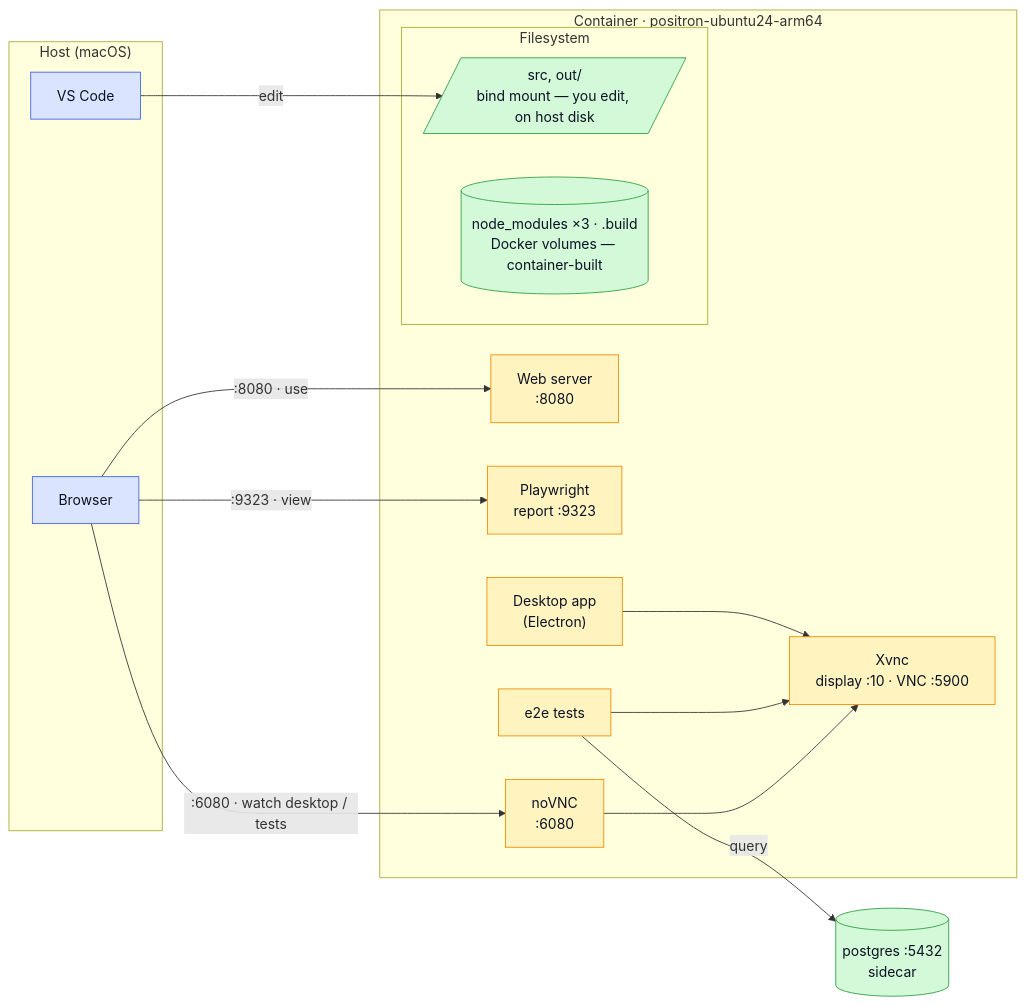
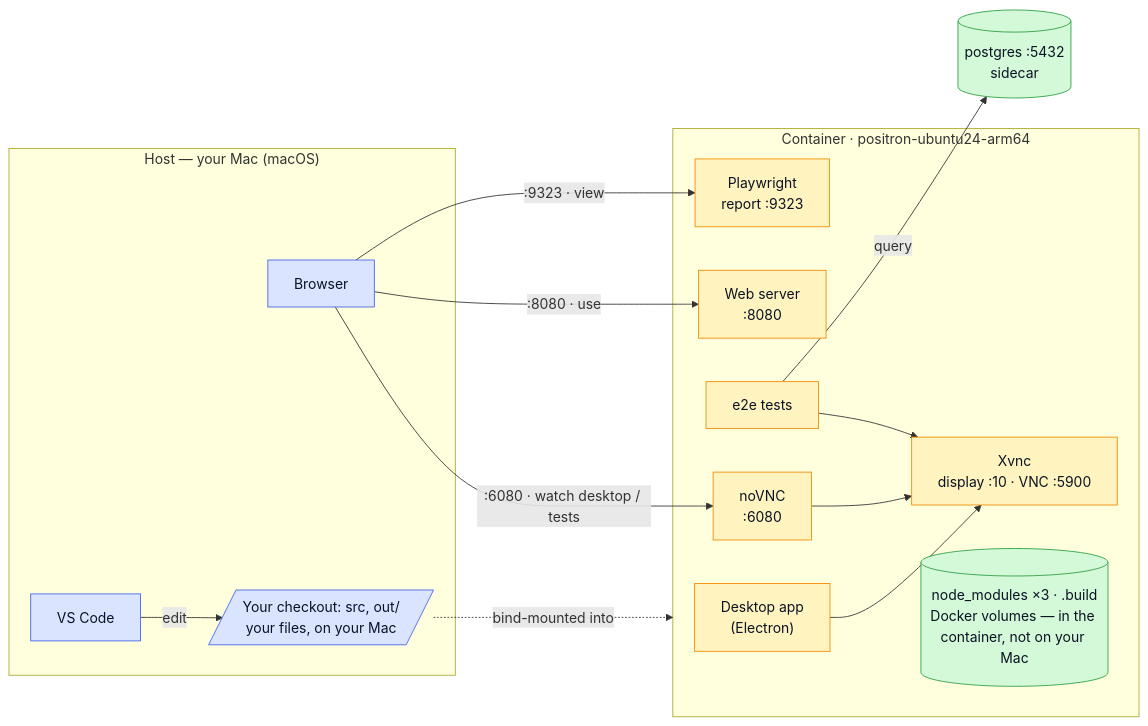
Before and after one commit to posit-dev/positron: the diagram in .devcontainer/ci-arm/README.md, drawn with Mermaid.

Commit message:
ci-arm: fix diagram — checkout is on the host, not the container
The Filesystem box was nested inside the Container, which wrongly implied
src/out live on the container. They're bind-mounted from your Mac. Move the
checkout to the Host zone with a "bind-mounted into" link, and keep only the
Docker volumes (node_modules, .build) container-side.

````diff
--- a/.devcontainer/ci-arm/README.md
+++ b/.devcontainer/ci-arm/README.md
@@ -147,36 +147,36 @@
 ```mermaid
 flowchart LR
-    subgraph host["Host (macOS)"]
+    subgraph host["Host — your Mac (macOS)"]
         code["VS Code"]
         web["Browser"]
+        src[/"Your checkout: src, out/<br/>your files, on your Mac"/]
     end
     subgraph ctr["Container · positron-ubuntu24-arm64"]
         desk["Desktop app<br/>(Electron)"]
         srv["Web server<br/>:8080"]
         e2e["e2e tests"]
         nov["noVNC<br/>:6080"]
         xvnc["Xvnc<br/>display :10 · VNC :5900"]
         rep["Playwright<br/>report :9323"]
-        subgraph fs["Filesystem"]
-            src[/"src, out/<br/>bind mount — you edit, on host disk"/]
-            vols[("node_modules ×3 · .build<br/>Docker volumes — container-built")]
-        end
+        vols[("node_modules ×3 · .build<br/>Docker volumes — in the container, not on your Mac")]
     end
     pg[("postgres :5432<br/>sidecar")]
 
     code -->|edit| src
+    src -. bind-mounted into .-> ctr
     desk --> xvnc
     e2e --> xvnc
     nov --> xvnc
     web -->|":6080 · watch desktop / tests"| nov
     web -->|":8080 · use"| srv
     web -->|":9323 · view"| rep
     e2e -->|query| pg
 
     classDef hostcls fill:#dbe4ff,stroke:#4263eb,color:#0b1324
     classDef contcls fill:#fff3bf,stroke:#f08c00,color:#0b1324
     classDef storcls fill:#d3f9d8,stroke:#2f9e44,color:#0b1324
     class code,web hostcls
     class desk,srv,e2e,nov,xvnc,rep contcls
-    class src,vols,pg storcls
+    class src hostcls
+    class vols,pg storcls
 ```
````
